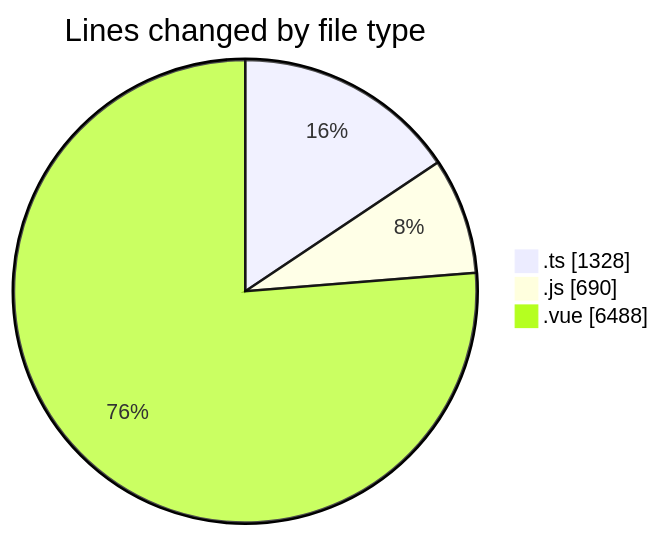
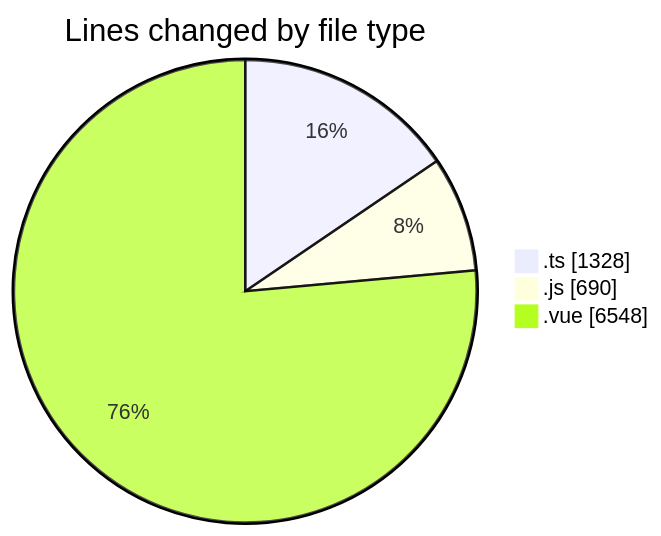
The first of 2 diagrams in 2025-08-16/rentotp/README.md (lephambinh05/code-tracking), drawn with Mermaid before and after one commit. The commit also changed other lines of this file and 1 other file, not shown here.

````diff
--- a/2025-08-16/rentotp/README.md
+++ b/2025-08-16/rentotp/README.md
@@ -38,7 +38,7 @@
 ```mermaid
 pie showData
 title Lines changed by file type
 ".ts" : 1328
 ".js" : 690
-".vue" : 6488
+".vue" : 6548
 ```
````
